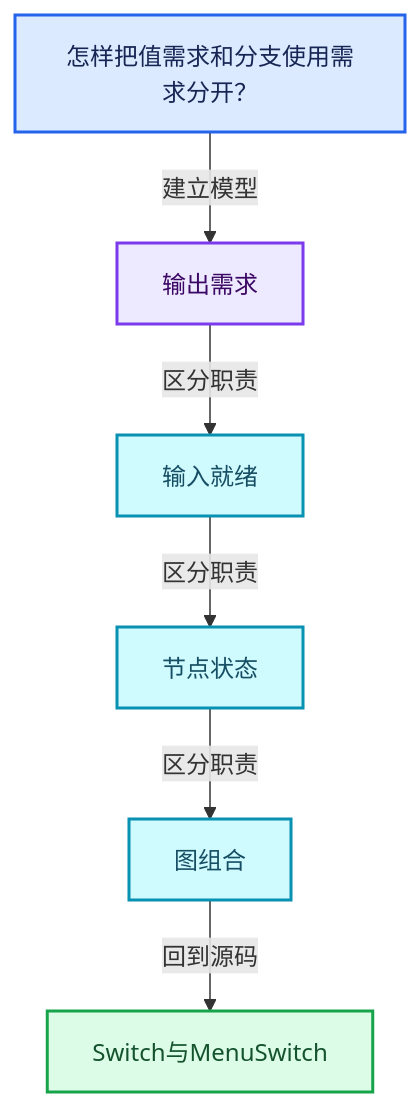
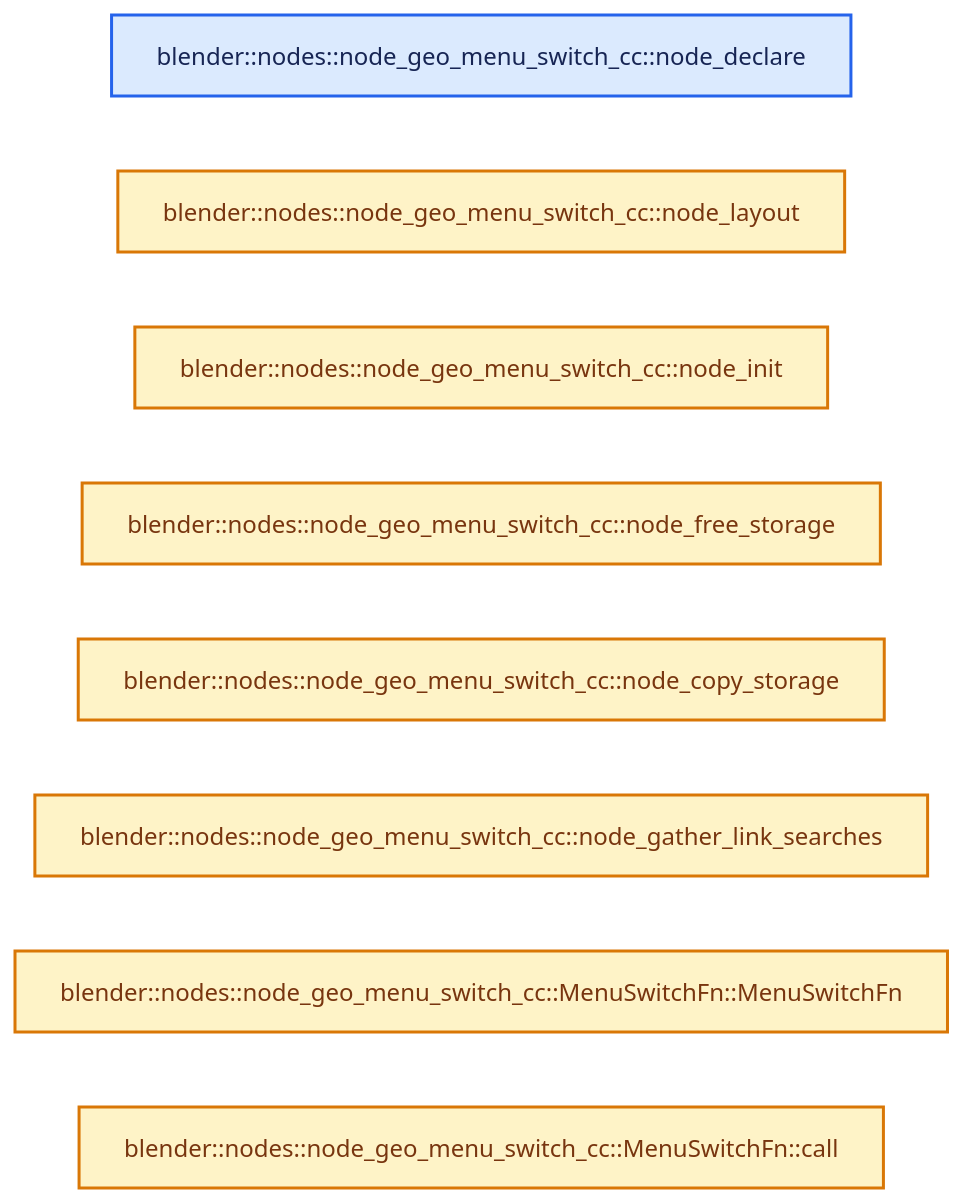
The second of 4 diagrams in 杂/markdown/全面学习-codex/09-LazyFunction与节点执行架构/11-Switch与MenuSwitch.md (yunkezengren/blender-.vscode), drawn with Mermaid before and after one commit. The commit also changed other lines of this file and 1930 other files, not shown here.

````diff
--- a/杂/markdown/全面学习-codex/09-LazyFunction与节点执行架构/11-Switch与MenuSwitch.md
+++ b/杂/markdown/全面学习-codex/09-LazyFunction与节点执行架构/11-Switch与MenuSwitch.md
@@ -61,20 +46,17 @@
 ```mermaid
-flowchart TB
-  Q["怎样把值需求和分支使用需求分开？"]:::input
-  C0["输出需求"]:::abstraction
-  C1["输入就绪"]:::data
-  C2["节点状态"]:::data
-  C3["图组合"]:::data
-  R["Switch与MenuSwitch"]:::result
-  Q -->|"建立模型"| C0
-  C0 -->|"区分职责"| C1
-  C1 -->|"区分职责"| C2
-  C2 -->|"区分职责"| C3
-  C3 -->|"回到源码"| R
+flowchart LR
+  F0["blender::nodes::node_geo_menu_switch_cc::node_declare"]:::input
+  F1["blender::nodes::node_geo_menu_switch_cc::node_layout"]:::compute
+  F2["blender::nodes::node_geo_menu_switch_cc::node_init"]:::compute
+  F3["blender::nodes::node_geo_menu_switch_cc::node_free_storage"]:::compute
+  F4["blender::nodes::node_geo_menu_switch_cc::node_copy_storage"]:::compute
+  F5["blender::nodes::node_geo_menu_switch_cc::node_gather_link_searches"]:::compute
+  F6["blender::nodes::node_geo_menu_switch_cc::MenuSwitchFn::MenuSwitchFn"]:::compute
+  F7["blender::nodes::node_geo_menu_switch_cc::MenuSwitchFn::call"]:::compute
   classDef input fill:#DBEAFE,stroke:#2563EB,color:#172554,stroke-width:2px;
   classDef data fill:#CFFAFE,stroke:#0891B2,color:#164E63,stroke-width:2px;
   classDef abstraction fill:#EDE9FE,stroke:#7C3AED,color:#3B0764,stroke-width:2px;
   classDef compute fill:#FEF3C7,stroke:#D97706,color:#78350F,stroke-width:2px;
   classDef result fill:#DCFCE7,stroke:#16A34A,color:#14532D,stroke-width:2px;
   classDef error fill:#FEE2E2,stroke:#DC2626,color:#7F1D1D,stroke-width:2px;
 ```
````
